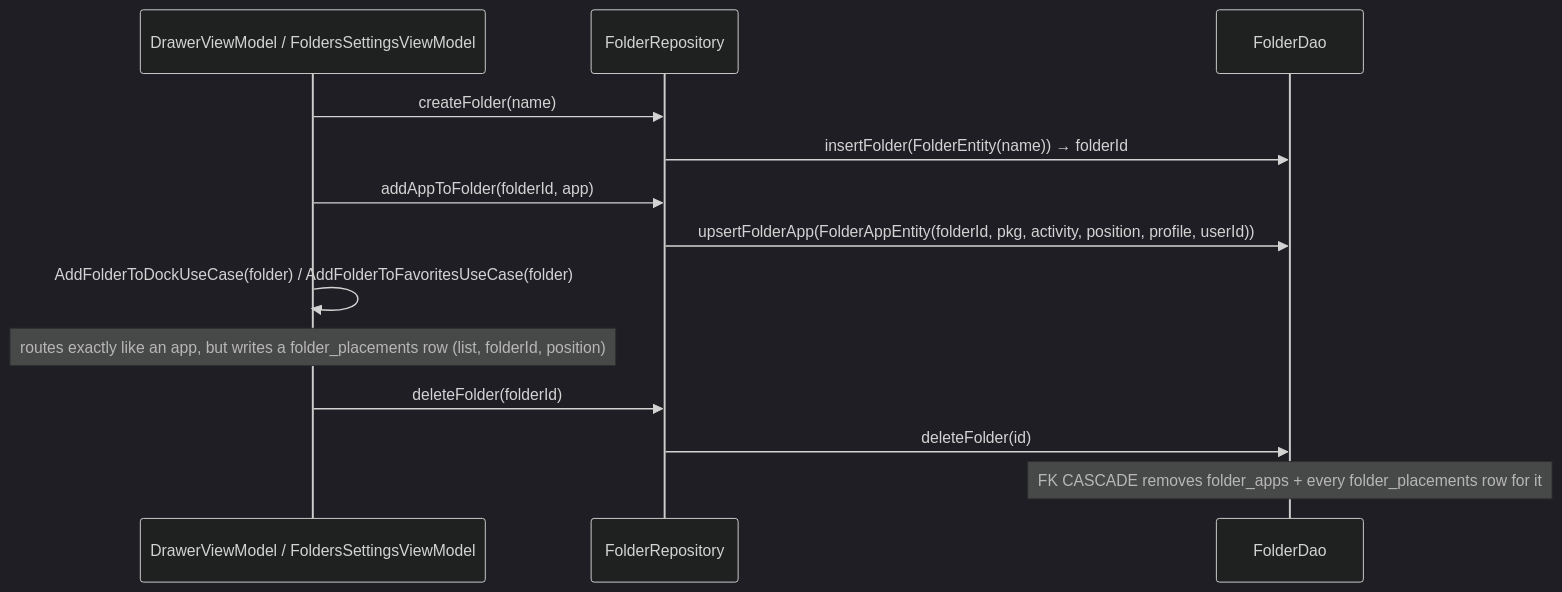
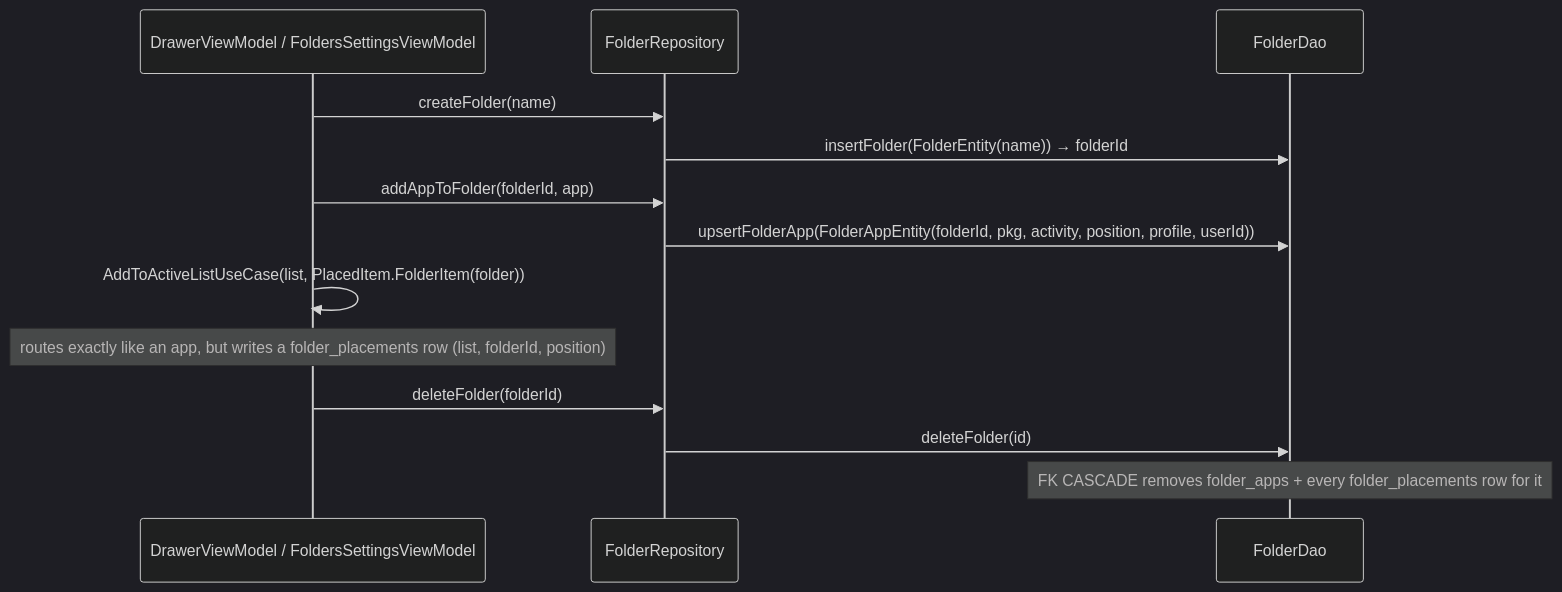
Before and after one commit to rohitganjam/facet-launcher: the second of 3 diagrams in docs/architecture/08-flow-placements.md, drawn with Mermaid (dark theme). The commit also changed other lines of this file and 113 other files, not shown here.

````diff
--- a/docs/architecture/08-flow-placements.md
+++ b/docs/architecture/08-flow-placements.md
@@ -58,15 +57,15 @@
 ```mermaid
 sequenceDiagram
     participant D as DrawerViewModel / FoldersSettingsViewModel
     participant FR as FolderRepository
     participant FD as FolderDao
     D->>FR: createFolder(name)
     FR->>FD: insertFolder(FolderEntity(name)) → folderId
     D->>FR: addAppToFolder(folderId, app)
     FR->>FD: upsertFolderApp(FolderAppEntity(folderId, pkg, activity, position, profile, userId))
-    D->>D: AddFolderToDockUseCase(folder) / AddFolderToFavoritesUseCase(folder)
+    D->>D: AddToActiveListUseCase(list, PlacedItem.FolderItem(folder))
     Note over D: routes exactly like an app, but writes a folder_placements row (list, folderId, position)
     D->>FR: deleteFolder(folderId)
     FR->>FD: deleteFolder(id)
     Note over FD: FK CASCADE removes folder_apps + every folder_placements row for it
 ```
````
